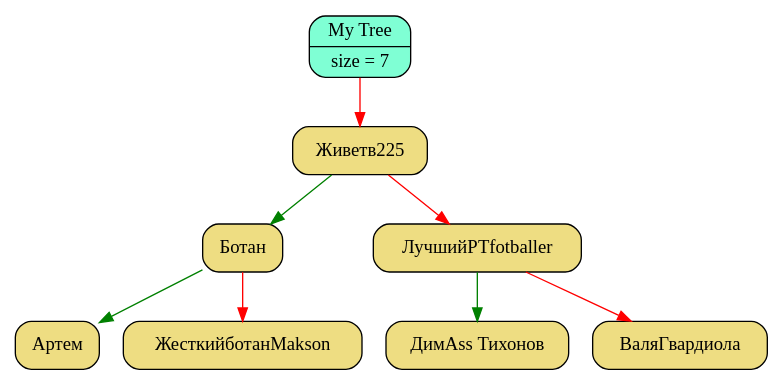
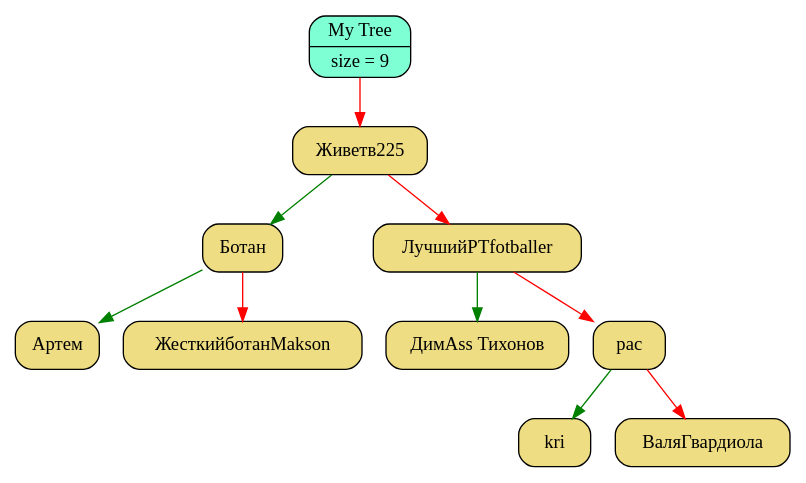
The diagram in graphics/graph.dot (Pelmeshka127/Akinator), drawn with Graphviz before and after one commit. The commit also changed 9 other files, not shown here.

```diff
--- a/graphics/graph.dot
+++ b/graphics/graph.dot
@@ -1,21 +1,25 @@
 digraph Tree
 {
    rankdir = HR;
    node[fontsize=14];
    edge[color="black",fontcolor="blue",fontsize=12];
-   tree[shape = Mrecord, style = filled, fillcolor = "aquamarine", label = "{My Tree | size = 7}"];
-   "0x102900c10"[shape = Mrecord, style = filled, fillcolor = "lightgoldenrod",   label = " <value> Живет в 225"];
-  "0x102900c10" -> "0x102900bd0" [color = "green"];
-  "0x102900c10" -> "0x102900b10" [color = "red"];
-   "0x102900bd0"[shape = Mrecord, style = filled, fillcolor = "lightgoldenrod",   label = " <value> Ботан"];
-  "0x102900bd0" -> "0x102900b90" [color = "green"];
-  "0x102900bd0" -> "0x102900b50" [color = "red"];
-   "0x102900b90"[shape = Mrecord, style = filled, fillcolor = "lightgoldenrod",   label = " <value> Артем"];
-   "0x102900b50"[shape = Mrecord, style = filled, fillcolor = "lightgoldenrod",   label = " <value> Жесткий ботан Makson"];
-   "0x102900b10"[shape = Mrecord, style = filled, fillcolor = "lightgoldenrod",   label = " <value> Лучший РТ fotballer"];
-  "0x102900b10" -> "0x102900ad0" [color = "green"];
-  "0x102900b10" -> "0x102900a90" [color = "red"];
-   "0x102900ad0"[shape = Mrecord, style = filled, fillcolor = "lightgoldenrod",   label = " <value> ДимAss Тихонов"];
-   "0x102900a90"[shape = Mrecord, style = filled, fillcolor = "lightgoldenrod",   label = " <value> Валя Гвардиола"];
-   tree -> "0x102900c10" [color = "red"];
+   tree[shape = Mrecord, style = filled, fillcolor = "aquamarine", label = "{My Tree | size = 9}"];
+   "0x104c00c10"[shape = Mrecord, style = filled, fillcolor = "lightgoldenrod",   label = " <value> Живет в 225"];
+  "0x104c00c10" -> "0x104c00bd0" [color = "green"];
+  "0x104c00c10" -> "0x104c00b10" [color = "red"];
+   "0x104c00bd0"[shape = Mrecord, style = filled, fillcolor = "lightgoldenrod",   label = " <value> Ботан"];
+  "0x104c00bd0" -> "0x104c00b90" [color = "green"];
+  "0x104c00bd0" -> "0x104c00b50" [color = "red"];
+   "0x104c00b90"[shape = Mrecord, style = filled, fillcolor = "lightgoldenrod",   label = " <value> Артем"];
+   "0x104c00b50"[shape = Mrecord, style = filled, fillcolor = "lightgoldenrod",   label = " <value> Жесткий ботан Makson"];
+   "0x104c00b10"[shape = Mrecord, style = filled, fillcolor = "lightgoldenrod",   label = " <value> Лучший РТ fotballer"];
+  "0x104c00b10" -> "0x104c00ad0" [color = "green"];
+  "0x104c00b10" -> "0x104c00a90" [color = "red"];
+   "0x104c00ad0"[shape = Mrecord, style = filled, fillcolor = "lightgoldenrod",   label = " <value> ДимAss Тихонов"];
+   "0x104c00a90"[shape = Mrecord, style = filled, fillcolor = "lightgoldenrod",   label = " <value> pac"];
+  "0x104c00a90" -> "0x104c00a10" [color = "green"];
+  "0x104c00a90" -> "0x104c00a50" [color = "red"];
+   "0x104c00a10"[shape = Mrecord, style = filled, fillcolor = "lightgoldenrod",   label = " <value> kri"];
+   "0x104c00a50"[shape = Mrecord, style = filled, fillcolor = "lightgoldenrod",   label = " <value> Валя Гвардиола"];
+   tree -> "0x104c00c10" [color = "red"];
 }
```
